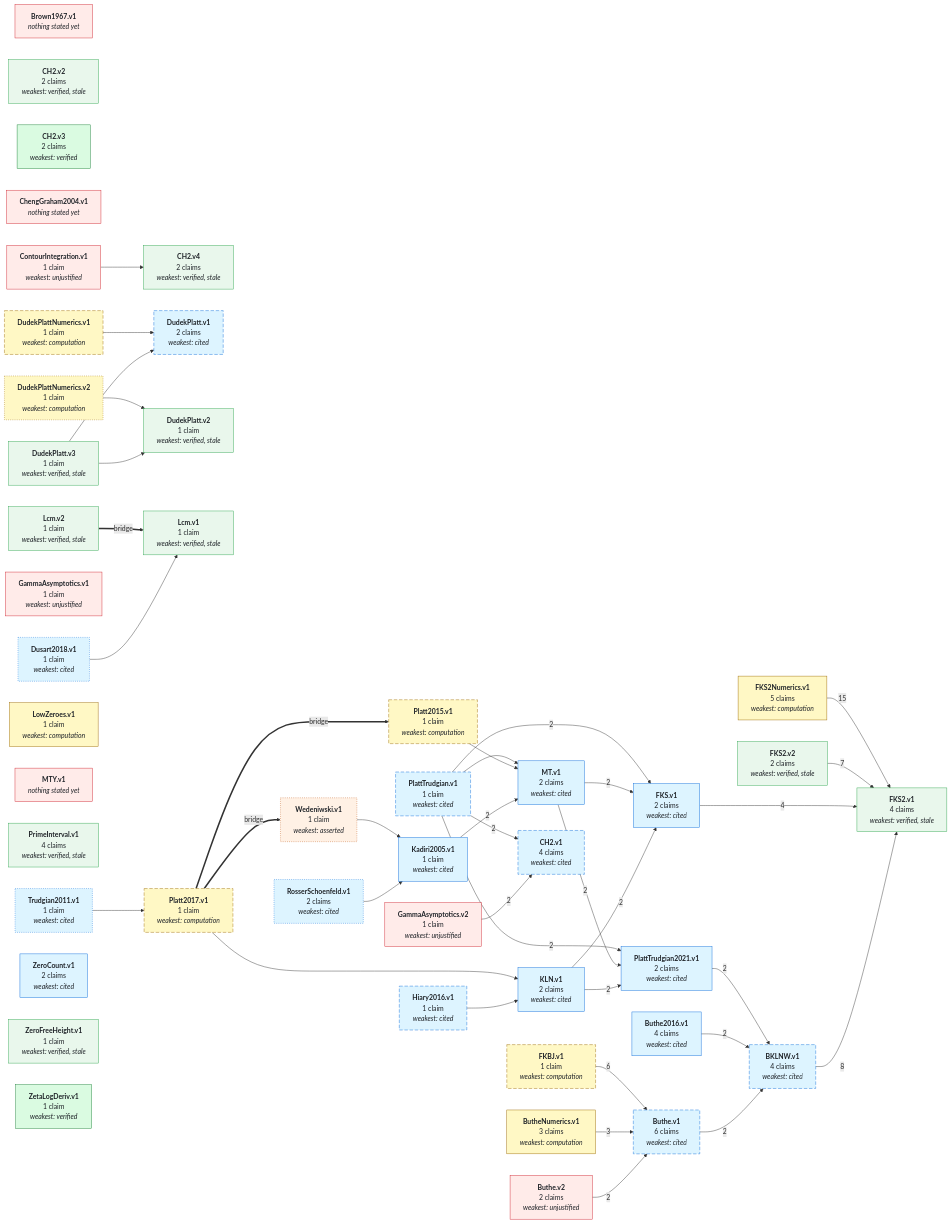
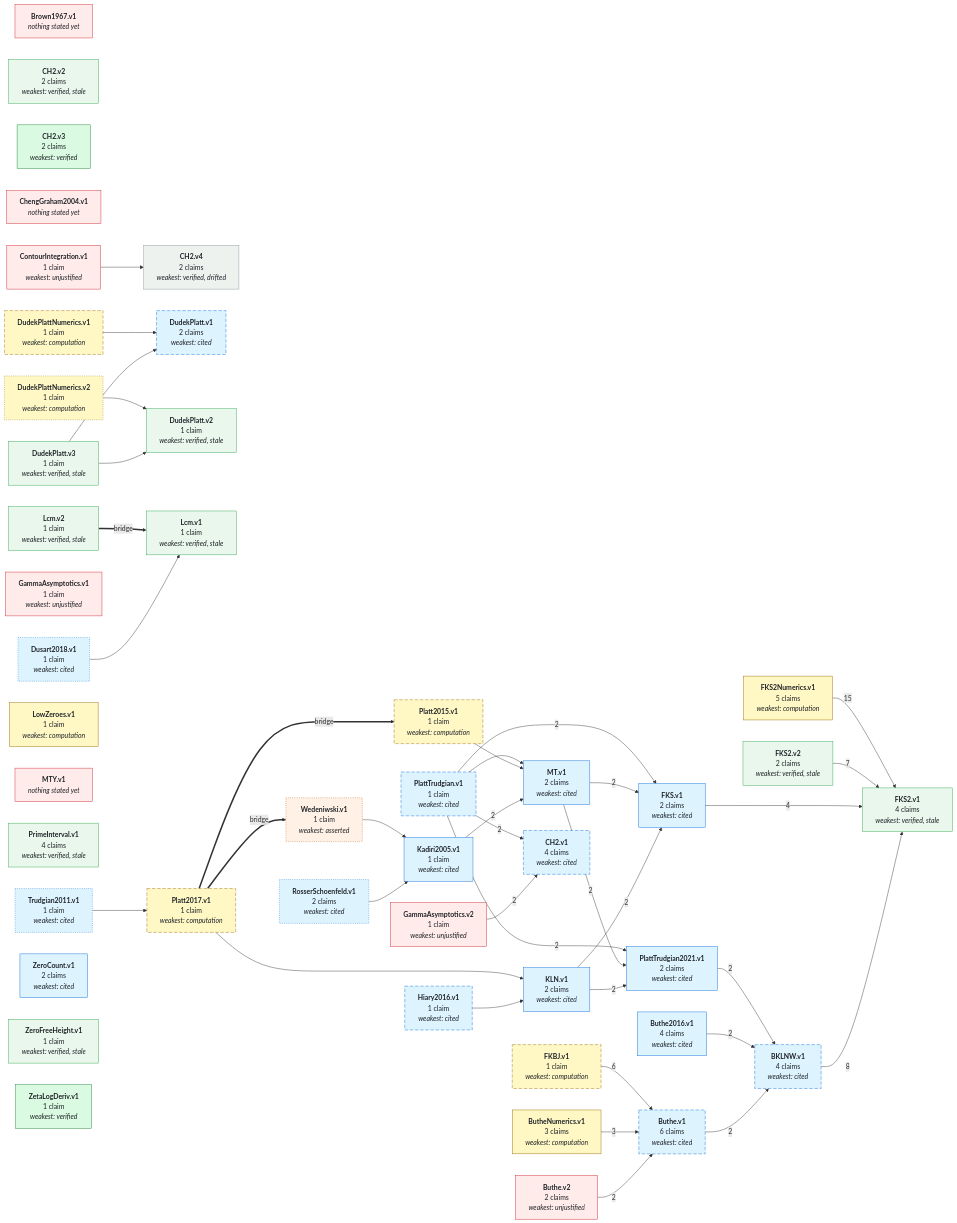
Before and after one commit to Chessing234/IEANTN: the first of 2 diagrams in GRAPH.md, drawn with Mermaid. The commit also changed other lines of this file and 6 other files, not shown here.

```diff
--- a/GRAPH.md
+++ b/GRAPH.md
@@ -61,7 +61,7 @@
   NCH2_v1["<b>CH2.v1</b><br/>4 claims<br/><i>weakest: cited</i>"]
   NCH2_v2["<b>CH2.v2</b><br/>2 claims<br/><i>weakest: verified, stale</i>"]
   NCH2_v3["<b>CH2.v3</b><br/>2 claims<br/><i>weakest: verified</i>"]
-  NCH2_v4["<b>CH2.v4</b><br/>2 claims<br/><i>weakest: verified, stale</i>"]
+  NCH2_v4["<b>CH2.v4</b><br/>2 claims<br/><i>weakest: verified, drifted</i>"]
   NChengGraham2004_v1["<b>ChengGraham2004.v1</b><br/><i>nothing stated yet</i>"]
   NContourIntegration_v1["<b>ContourIntegration.v1</b><br/>1 claim<br/><i>weakest: unjustified</i>"]
   NDudekPlatt_v1["<b>DudekPlatt.v1</b><br/>2 claims<br/><i>weakest: cited</i>"]
@@ -147,10 +147,11 @@
   style NTrudgian2011_v1 stroke-dasharray: 2 3;
   style NWedeniwski_v1 stroke-dasharray: 2 3;
   class NBrown1967_v1,NButhe_v2,NChengGraham2004_v1,NContourIntegration_v1,NGammaAsymptotics_v1,NGammaAsymptotics_v2,NMTY_v1 none_yet;
+  class NCH2_v4 lean_comparator_drifted;
   class NWedeniwski_v1 asserted;
   class NBKLNW_v1,NButhe_v1,NButhe2016_v1,NCH2_v1,NDudekPlatt_v1,NDusart2018_v1,NFKS_v1,NHiary2016_v1,NKLN_v1,NKadiri2005_v1,NMT_v1,NPlattTrudgian_v1,NPlattTrudgian2021_v1,NRosserSchoenfeld_v1,NTrudgian2011_v1,NZeroCount_v1 literature;
   class NButheNumerics_v1,NDudekPlattNumerics_v1,NDudekPlattNumerics_v2,NFKBJ_v1,NFKS2Numerics_v1,NLowZeroes_v1,NPlatt2015_v1,NPlatt2017_v1 numerical;
-  class NCH2_v2,NCH2_v4,NDudekPlatt_v2,NDudekPlatt_v3,NFKS2_v1,NFKS2_v2,NLcm_v1,NLcm_v2,NPrimeInterval_v1,NZeroFreeHeight_v1 lean_comparator_stale;
+  class NCH2_v2,NDudekPlatt_v2,NDudekPlatt_v3,NFKS2_v1,NFKS2_v2,NLcm_v1,NLcm_v2,NPrimeInterval_v1,NZeroFreeHeight_v1 lean_comparator_stale;
   class NCH2_v3,NZetaLogDeriv_v1 lean_comparator;
   click NBKLNW_v1 href "https://github.com/teorth/IEANTN/blob/main/docs/nodes/BKLNW-v1.md" _blank
   click NButhe_v1 href "https://github.com/teorth/IEANTN/blob/main/docs/nodes/Buthe-v1.md" _blank
```
